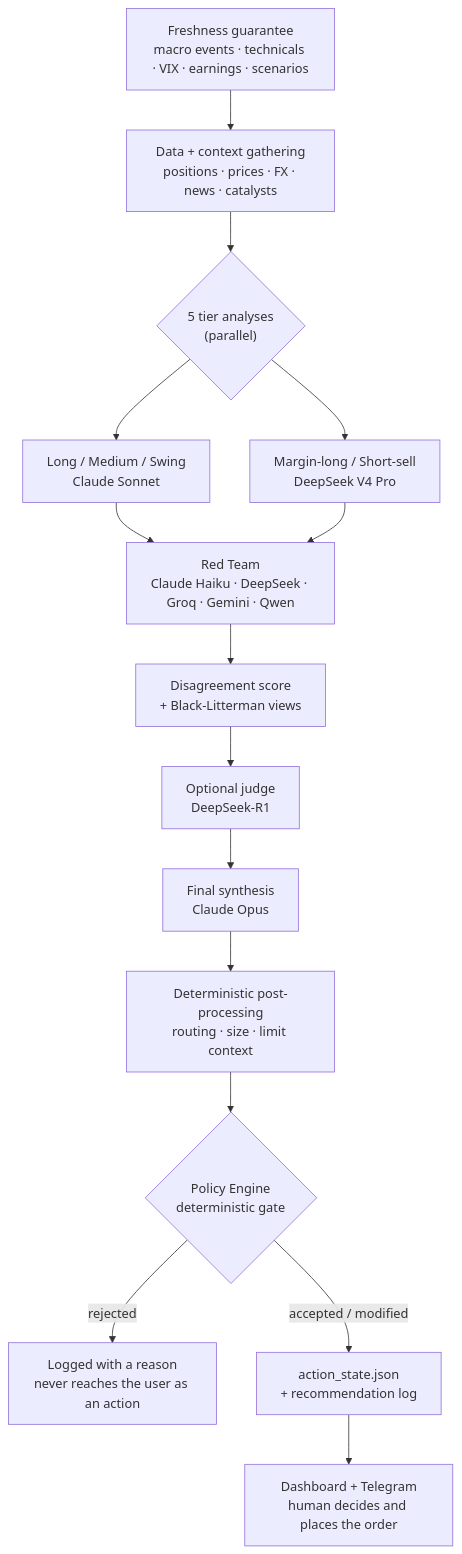
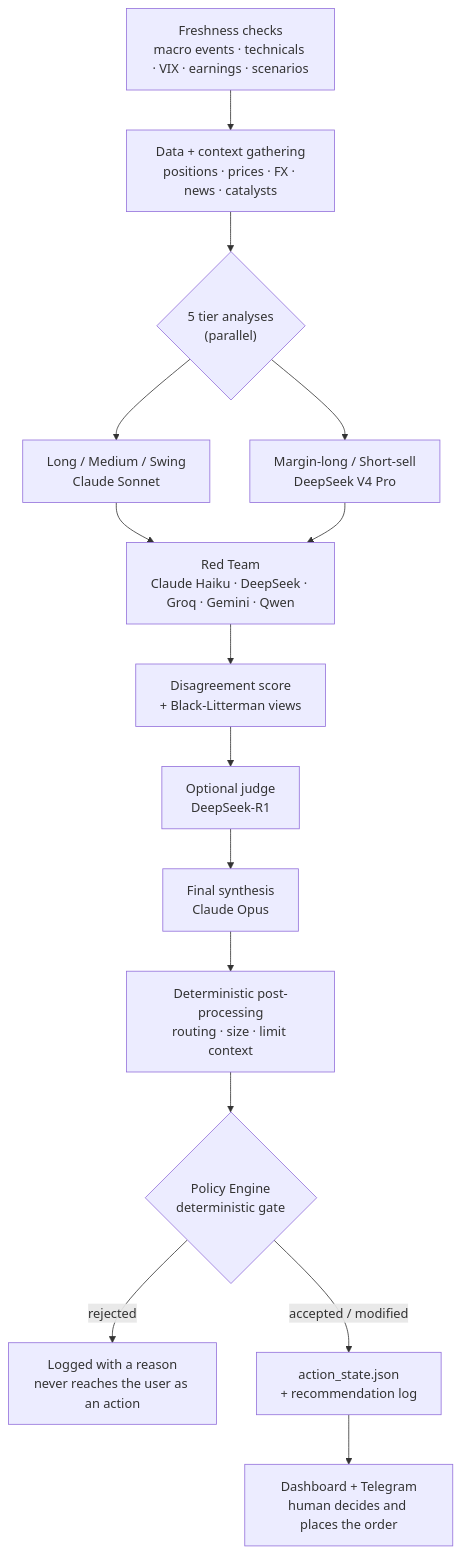
Before and after one commit to quant-almanac/almanac: the diagram in README.md, drawn with Mermaid. The commit also changed other lines of this file and 10 other files, not shown here.

````diff
--- a/README.md
+++ b/README.md
@@ -34,17 +36,17 @@
 ```mermaid
 flowchart TD
-    A["Freshness guarantee<br/>macro events · technicals · VIX · earnings · scenarios"] --> B["Data + context gathering<br/>positions · prices · FX · news · catalysts"]
+    A["Freshness checks<br/>macro events · technicals · VIX · earnings · scenarios"] --> B["Data + context gathering<br/>positions · prices · FX · news · catalysts"]
     B --> C{"5 tier analyses<br/>(parallel)"}
     C --> C1["Long / Medium / Swing<br/>Claude Sonnet"]
     C --> C2["Margin-long / Short-sell<br/>DeepSeek V4 Pro"]
     C1 --> D["Red Team<br/>Claude Haiku · DeepSeek · Groq · Gemini · Qwen"]
     C2 --> D
     D --> E["Disagreement score<br/>+ Black-Litterman views"]
     E --> F["Optional judge<br/>DeepSeek-R1"]
     F --> G["Final synthesis<br/>Claude Opus"]
     G --> H["Deterministic post-processing<br/>routing · size · limit context"]
     H --> I{"Policy Engine<br/>deterministic gate"}
     I -->|rejected| J["Logged with a reason<br/>never reaches the user as an action"]
     I -->|accepted / modified| K["action_state.json<br/>+ recommendation log"]
     K --> L["Dashboard + Telegram<br/>human decides and places the order"]
 ```
````
